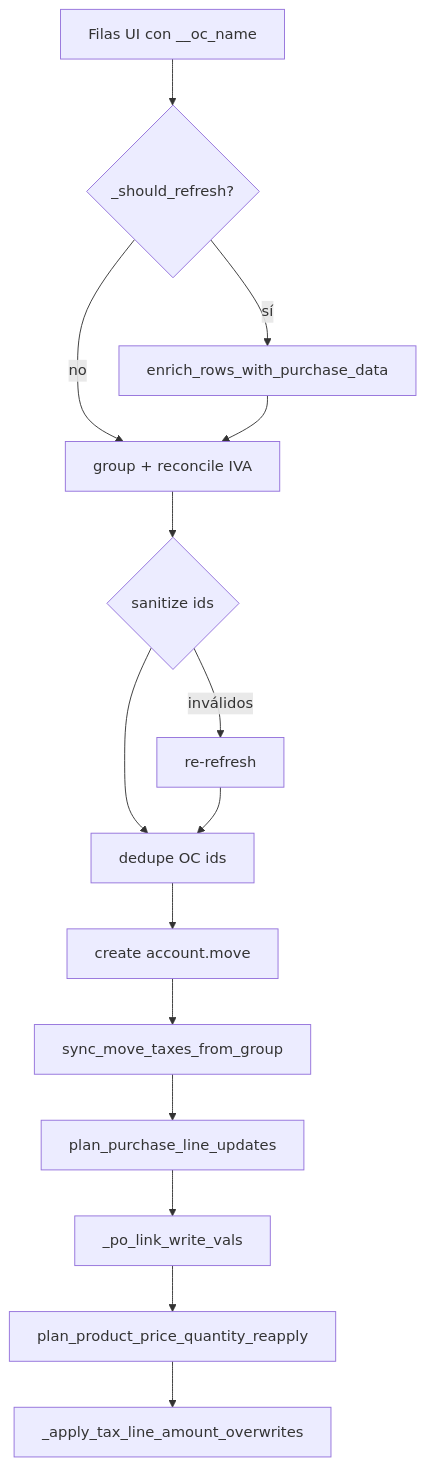
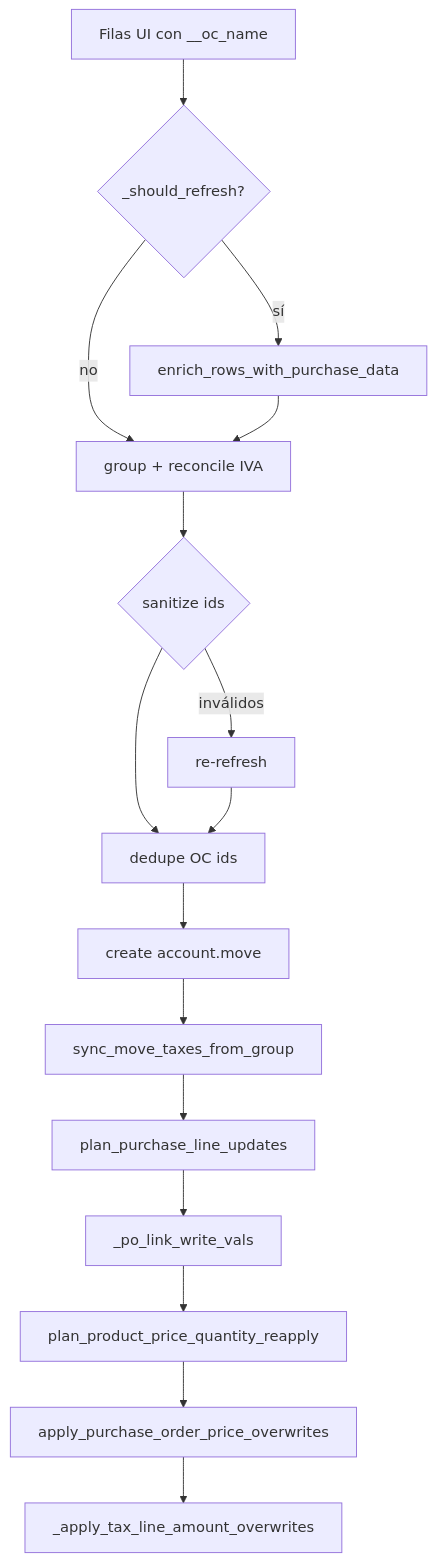
Before and after one commit to LezanaMauricioSebastian/facturias_matching: the diagram in docs/import-odoo/purchase-oc.md, drawn with Mermaid. The commit also changed other lines of this file and 65 other files, not shown here.

````diff
--- a/docs/import-odoo/purchase-oc.md
+++ b/docs/import-odoo/purchase-oc.md
@@ -173,17 +245,18 @@
 ```mermaid
 flowchart TD
   R[Filas UI con __oc_name] --> Q{_should_refresh?}
   Q -->|sí| E[enrich_rows_with_purchase_data]
   Q -->|no| G[group + reconcile IVA]
   E --> G
   G --> S{sanitize ids}
   S -->|inválidos| E2[re-refresh]
   S --> D[dedupe OC ids]
   E2 --> D
   D --> C[create account.move]
   C --> SYNC[sync_move_taxes_from_group]
   SYNC --> PO[plan_purchase_line_updates]
   PO --> W[_po_link_write_vals]
   W --> RQ[plan_product_price_quantity_reapply]
-  RQ --> TAX[_apply_tax_line_amount_overwrites]
+  RQ --> OW[apply_purchase_order_price_overwrites]
+  OW --> TAX[_apply_tax_line_amount_overwrites]
 ```
````
